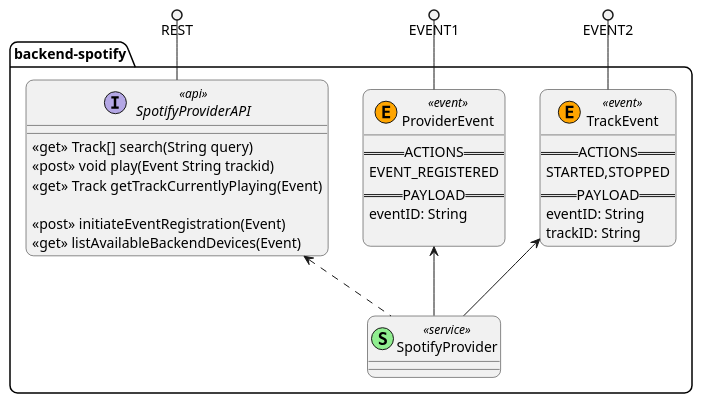
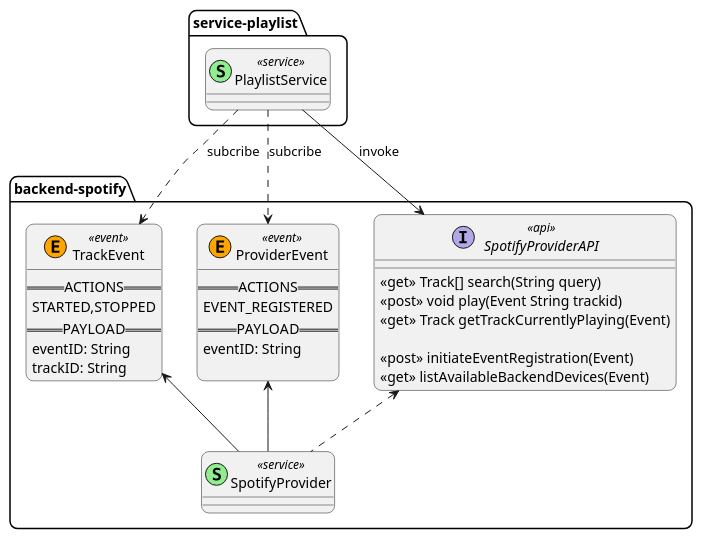
Before and after one commit to sa-mw-dach/opendj: the diagram in docs/00project/eventBusDescription/eventsAsClassDiag.puml, drawn with PlantUML. The commit also changed 2 other files, not shown here.

Commit message:
fine tuning for plantuml #24

```diff
--- a/docs/00project/eventBusDescription/eventsAsClassDiag.puml
+++ b/docs/00project/eventBusDescription/eventsAsClassDiag.puml
@@ -1,52 +1,66 @@
 @startuml
 'skinparam linetype ortho 
 'skinparam linetype polyline 
 skinparam roundcorner 15
 
 'skinparam stereotypeCBackgroundColor YellowGreen
 'skinparam stereotypeCBackgroundColor<< event >> orange
 'skinparam stereotypeCBackgroundColor<< service >> lightgreen
 skinparam stereotypeIBackgroundColor<< api >> lightblue
+
+package service-playlist {
+    class PlaylistService <<(S,lightgreen)service>> {
+
+    }
+
+}
 
 package backend-spotify {
 
     interface SpotifyProviderAPI <<api>> {
         <<get>> Track[] search(String query) 
         <<post>> void play(Event String trackid)
         <<get>> Track getTrackCurrentlyPlaying(Event)
 
         <<post>> initiateEventRegistration(Event)
         <<get>> listAvailableBackendDevices(Event)
     }
     class ProviderEvent <<(E,orange)event>> {
         ==ACTIONS==
         EVENT_REGISTERED
         ==PAYLOAD==
         eventID: String
  
     }
     class TrackEvent <<(E,orange)event>> {
         ==ACTIONS==
         STARTED,STOPPED
         ==PAYLOAD==
         eventID: String
         trackID: String 
     }
 
     class SpotifyProvider <<(S,lightgreen)service>> {
 
     }
 }
 
 
 SpotifyProviderAPI <.. SpotifyProvider
 SpotifyProvider -u-> ProviderEvent
 SpotifyProvider -u-> TrackEvent
-REST ()-- SpotifyProviderAPI
-EVENT1 ()-- ProviderEvent
-EVENT2 ()-- TrackEvent
+' Lollipops are strange:
+'REST ()-- SpotifyProviderAPI
+'EVENT1 ()-- ProviderEvent
+'EVENT2 ()-- TrackEvent
+
+
+PlaylistService --> SpotifyProviderAPI : invoke
+PlaylistService ..> ProviderEvent : subcribe
+PlaylistService ..> TrackEvent : subcribe
+
 
 ' ProviderEvent -- TrackEvent
 'ProviderEvent -[hidden]down- TrackEvent
 
 @enduml
```
